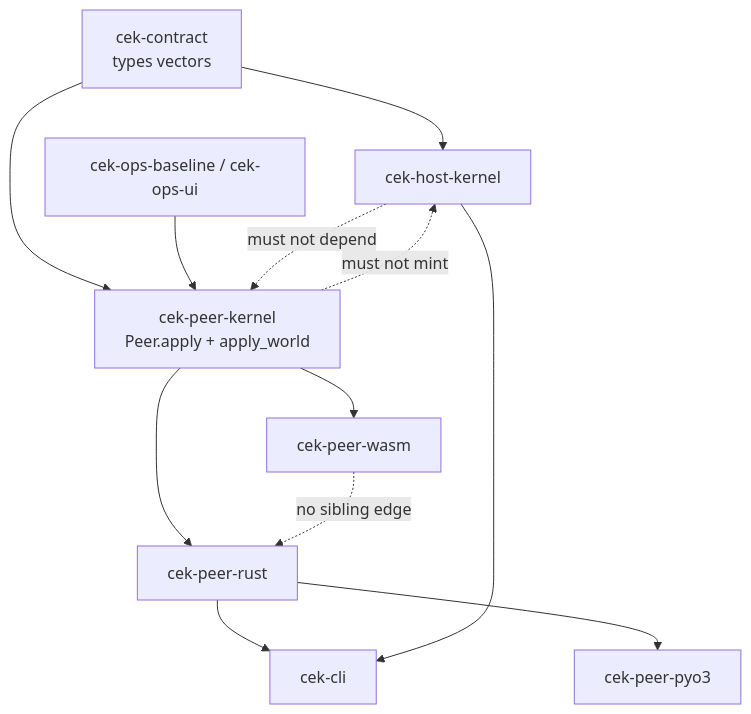
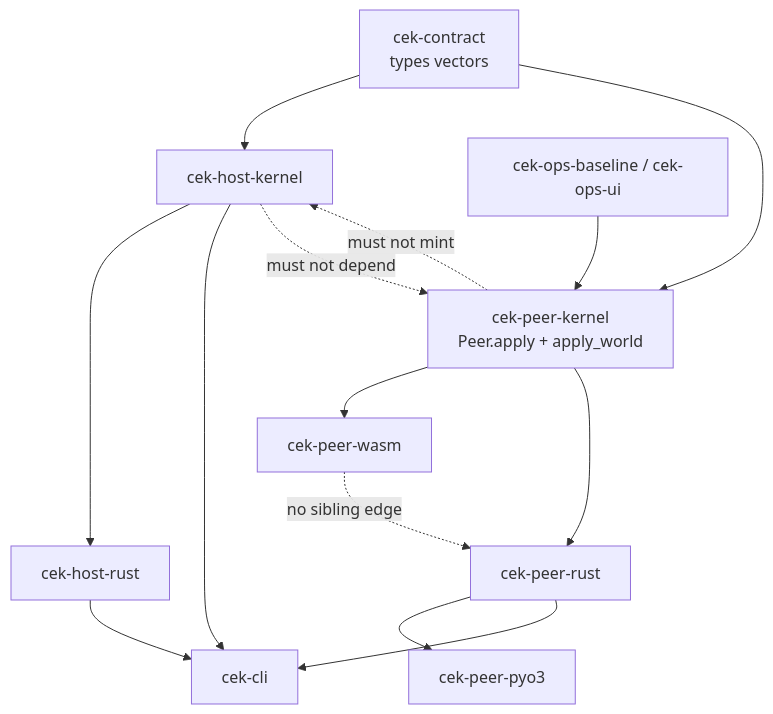
One commit to bitplorer/cek-runtime changed the diagram in diagrams/07-crate-layout.mmd. Above: the diagram before and after it, drawn with Mermaid. The commit also changed 34 other files, not shown here.

First line of the commit message:
feat(host): add cek-host-rust native JSON door (#17)

```diff
--- a/diagrams/07-crate-layout.mmd
+++ b/diagrams/07-crate-layout.mmd
@@ -1,22 +1,25 @@
 flowchart TB
   CT[cek-contract
 types vectors]
   H[cek-host-kernel]
+  HR[cek-host-rust]
   P[cek-peer-kernel
 Peer.apply + apply_world]
   OPS[cek-ops-baseline / cek-ops-ui]
   WASM[cek-peer-wasm]
   RUST[cek-peer-rust]
   PYO3[cek-peer-pyo3]
   CLI[cek-cli]
   CT --> H
   CT --> P
+  H --> HR
+  HR --> CLI
   OPS --> P
   P --> WASM
   P --> RUST
   RUST --> PYO3
   RUST --> CLI
   H --> CLI
   H -.->|must not depend| P
   P -.->|must not mint| H
   WASM -.->|no sibling edge| RUST
```
